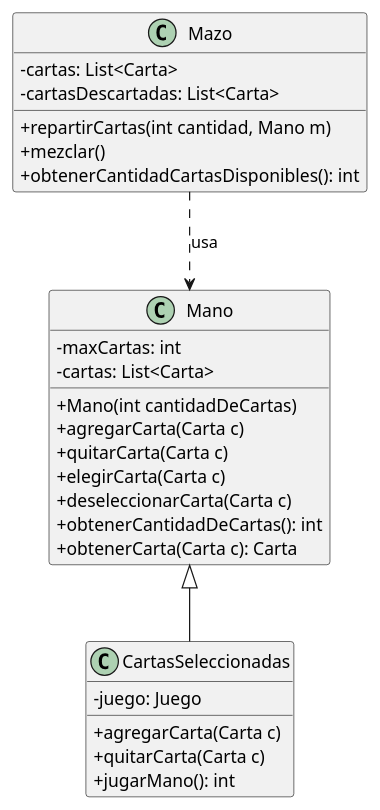
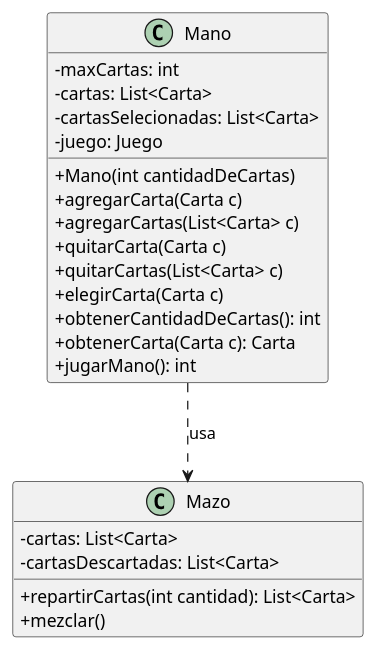
The diagram in diagrams/classes/ManoYMazo.plantuml (facukresta/g06-tp2-2c-2024), drawn with PlantUML before and after one commit. The commit also changed 13 other files, not shown here.

```diff
--- a/diagrams/classes/ManoYMazo.plantuml
+++ b/diagrams/classes/ManoYMazo.plantuml
@@ -1,34 +1,27 @@
 @startuml ManoYMazo
 skinparam classAttributeIconSize 0
-
 class Mazo {
 -cartas: List<Carta>
 -cartasDescartadas: List<Carta>
-+repartirCartas(int cantidad, Mano m)
++repartirCartas(int cantidad): List<Carta>
 +mezclar()
-+obtenerCantidadCartasDisponibles(): int
 }
-
 
 class Mano {
 -maxCartas: int
 -cartas: List<Carta>
+-cartasSelecionadas: List<Carta>
+-juego: Juego
 +Mano(int cantidadDeCartas)
 +agregarCarta(Carta c)
++agregarCartas(List<Carta> c)
 +quitarCarta(Carta c)
++quitarCartas(List<Carta> c)
 +elegirCarta(Carta c)
-+deseleccionarCarta(Carta c)
 +obtenerCantidadDeCartas(): int
 +obtenerCarta(Carta c): Carta
-}
-
-class CartasSeleccionadas {
--juego: Juego
-+agregarCarta(Carta c)
-+quitarCarta(Carta c)
 +jugarMano(): int
 }
 
-Mazo ..> Mano: "usa"
-CartasSeleccionadas -up-|> Mano
+Mano ..> Mazo: "usa"
 @enduml
```
